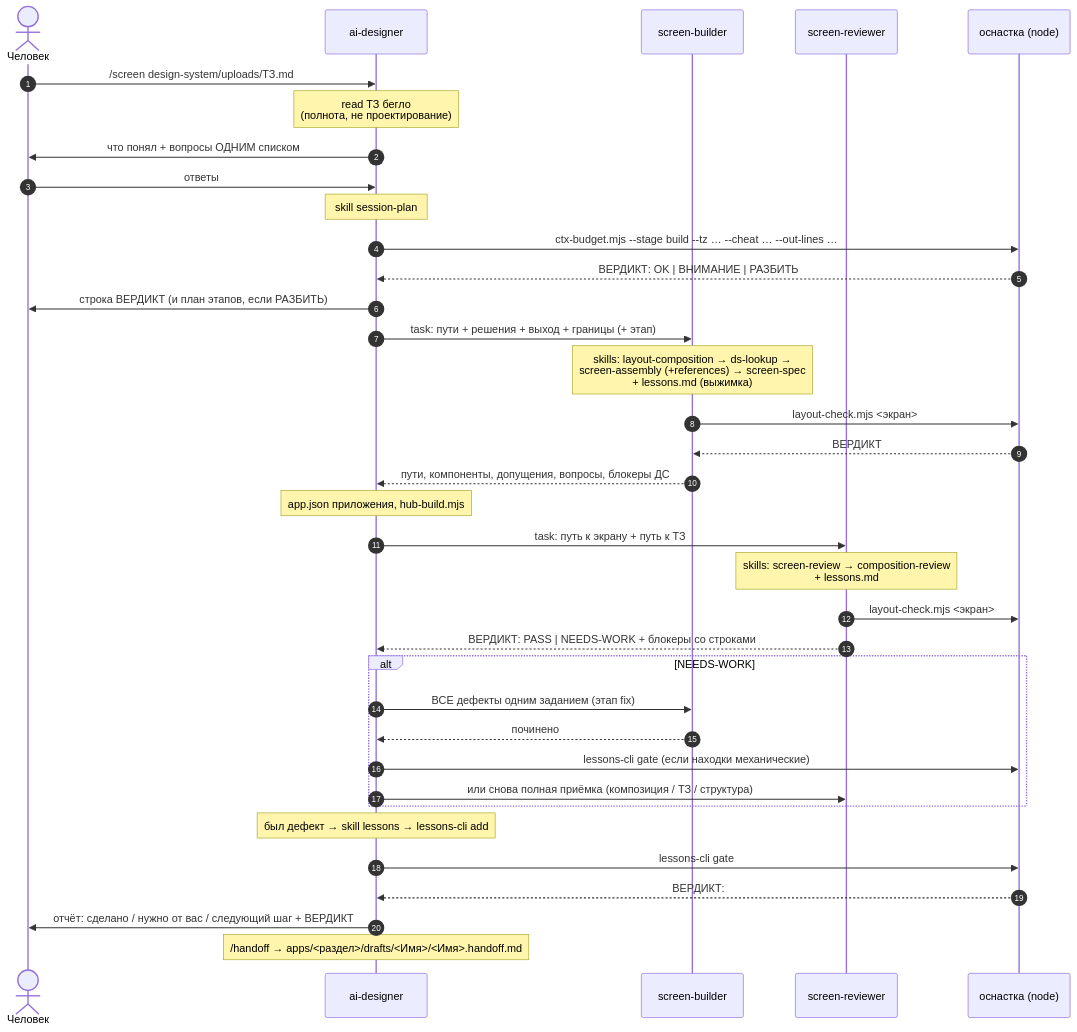
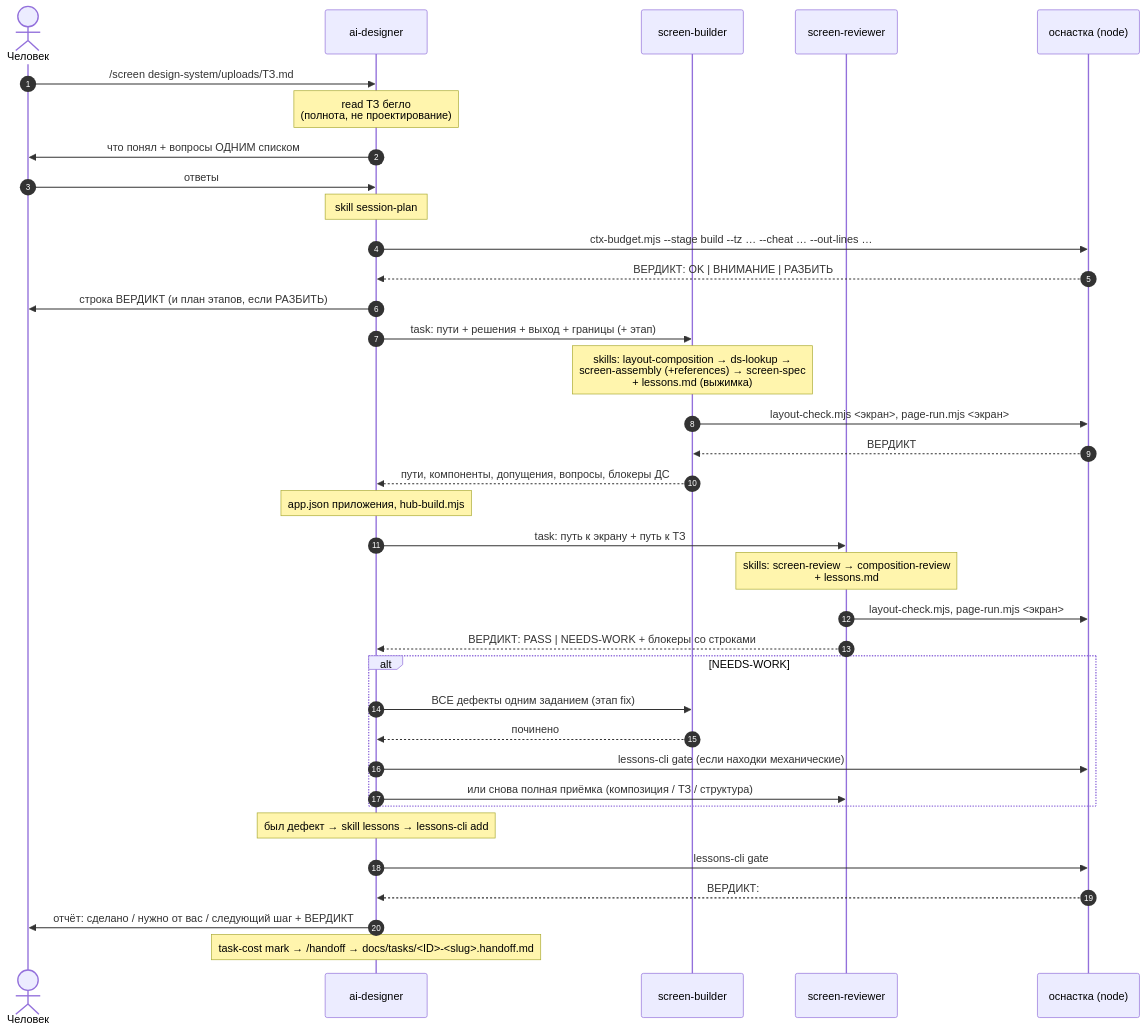
One commit to sarosekml/ibp-design-project changed the third of 4 diagrams in .agents/README.md. Above: the diagram before and after it, drawn with Mermaid. The commit also changed other lines of this file and 61 other files, not shown here.

````diff
--- a/.agents/README.md
+++ b/.agents/README.md
@@ -264,43 +267,43 @@
 ```mermaid
 sequenceDiagram
     autonumber
     actor H as Человек
     participant D as ai-designer
     participant B as screen-builder
     participant R as screen-reviewer
     participant T as оснастка (node)
 
     H->>D: /screen design-system/uploads/ТЗ.md
     Note over D: read ТЗ бегло<br/>(полнота, не проектирование)
     D->>H: что понял + вопросы ОДНИМ списком
     H->>D: ответы
     Note over D: skill session-plan
     D->>T: ctx-budget.mjs --stage build --tz … --cheat … --out-lines …
     T-->>D: ВЕРДИКТ: OK | ВНИМАНИЕ | РАЗБИТЬ
     D->>H: строка ВЕРДИКТ (и план этапов, если РАЗБИТЬ)
 
     D->>B: task: пути + решения + выход + границы (+ этап)
     Note over B: skills: layout-composition → ds-lookup →<br/>screen-assembly (+references) → screen-spec<br/>+ lessons.md (выжимка)
-    B->>T: layout-check.mjs <экран>
+    B->>T: layout-check.mjs <экран>, page-run.mjs <экран>
     T-->>B: ВЕРДИКТ
     B-->>D: пути, компоненты, допущения, вопросы, блокеры ДС
     Note over D: app.json приложения, hub-build.mjs
 
     D->>R: task: путь к экрану + путь к ТЗ
     Note over R: skills: screen-review → composition-review<br/>+ lessons.md
-    R->>T: layout-check.mjs <экран>
+    R->>T: layout-check.mjs, page-run.mjs <экран>
     R-->>D: ВЕРДИКТ: PASS | NEEDS-WORK + блокеры со строками
 
     alt NEEDS-WORK
         D->>B: ВСЕ дефекты одним заданием (этап fix)
         B-->>D: починено
         D->>T: lessons-cli gate (если находки механические)
         D->>R: или снова полная приёмка (композиция / ТЗ / структура)
     end
 
     Note over D: был дефект → skill lessons → lessons-cli add
     D->>T: lessons-cli gate
     T-->>D: ВЕРДИКТ:
     D->>H: отчёт: сделано / нужно от вас / следующий шаг + ВЕРДИКТ
-    Note over D: /handoff → apps/<раздел>/drafts/<Имя>/<Имя>.handoff.md
+    Note over D: task-cost mark → /handoff → docs/tasks/<ID>-<slug>.handoff.md
 ```
````
